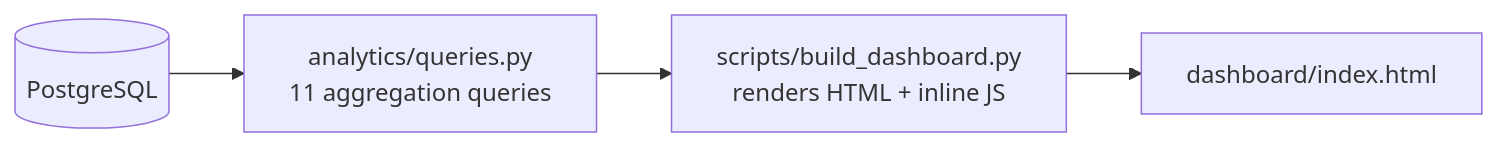
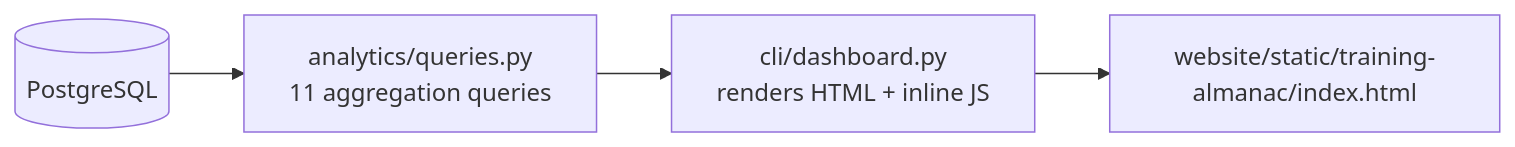
One commit to apoorvasharma007/traininglogs changed the third of 3 diagrams in docs/architecture.md. Above: the diagram before and after it, drawn with Mermaid. The commit also changed other lines of this file and 15 other files, not shown here.

````diff
--- a/docs/architecture.md
+++ b/docs/architecture.md
@@ -78,6 +78,6 @@
 ```mermaid
 flowchart LR
     DB[(PostgreSQL)] --> QUERIES["analytics/queries.py\n11 aggregation queries"]
-    QUERIES --> BUILD["scripts/build_dashboard.py\nrenders HTML + inline JS"]
-    BUILD --> HTML["dashboard/index.html"]
+    QUERIES --> BUILD["cli/dashboard.py\nrenders HTML + inline JS"]
+    BUILD --> HTML["website/static/training-almanac/index.html"]
 ```
````
